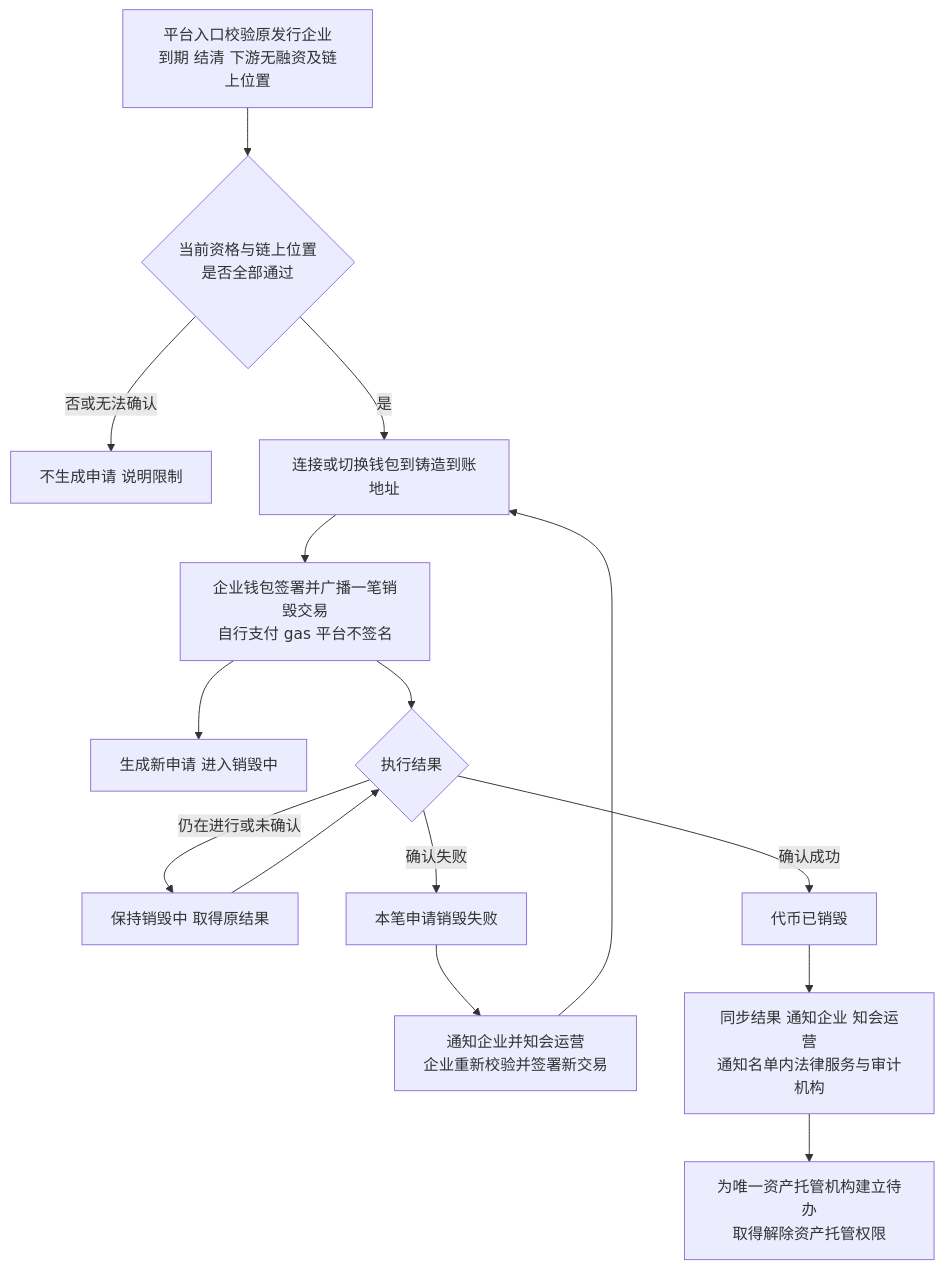
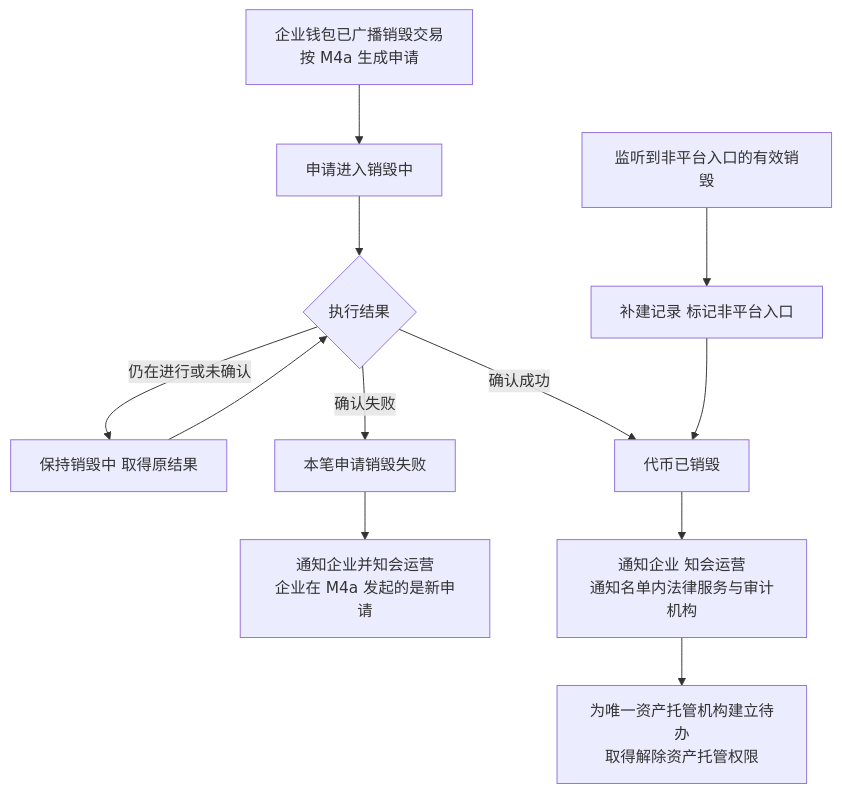
One commit to wxblockchain/Chain-Financing changed the first of 5 diagrams in token-issuance-platform/PRD/管理端/M4b-销毁审核与解除质押/02-销毁审核与解除质押-流程图与状态机.md. Above: the diagram before and after it, drawn with Mermaid. The commit also changed other lines of this file and 4 other files, not shown here.

````diff
--- a/token-issuance-platform/PRD/管理端/M4b-销毁审核与解除质押/02-销毁审核与解除质押-流程图与状态机.md
+++ b/token-issuance-platform/PRD/管理端/M4b-销毁审核与解除质押/02-销毁审核与解除质押-流程图与状态机.md
@@ -18,17 +18,14 @@
 ```mermaid
 flowchart TD
-    A[平台入口校验原发行企业<br/>到期 结清 下游无融资及链上位置] --> B{当前资格与链上位置<br/>是否全部通过}
-    B -->|否或无法确认| C[不生成申请 说明限制]
-    B -->|是| D[连接或切换钱包到铸造到账地址]
-    D --> F[企业钱包签署并广播一笔销毁交易<br/>自行支付 gas 平台不签名]
-    F --> X[生成新申请 进入销毁中]
-    F --> G{执行结果}
+    A[企业钱包已广播销毁交易<br/>按 M4a 生成申请] --> X[申请进入销毁中]
+    N[监听到非平台入口的有效销毁] --> N1[补建记录 标记非平台入口]
+    X --> G{执行结果}
     G -->|仍在进行或未确认| H[保持销毁中 取得原结果]
     H --> G
     G -->|确认失败| I[本笔申请销毁失败]
-    I --> J[通知企业并知会运营<br/>企业重新校验并签署新交易]
-    J --> D
+    I --> J[通知企业并知会运营<br/>企业在 M4a 发起的是新申请]
     G -->|确认成功| K[代币已销毁]
-    K --> L[同步结果 通知企业 知会运营<br/>通知名单内法律服务与审计机构]
+    N1 --> K
+    K --> L[通知企业 知会运营<br/>通知名单内法律服务与审计机构]
     L --> O[为唯一资产托管机构建立待办<br/>取得解除资产托管权限]
 ```
````
